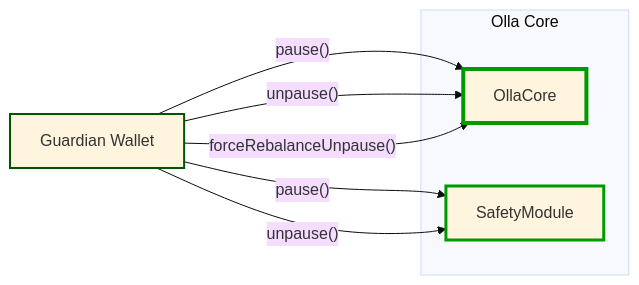
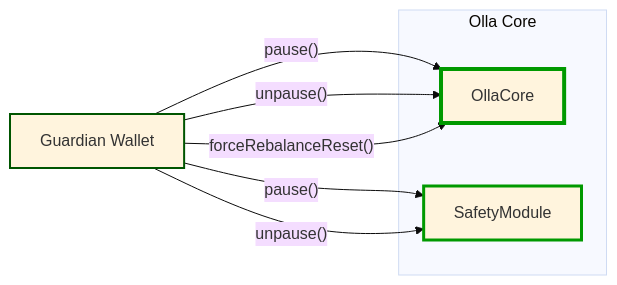
Before and after one commit to ollafinance/core: the sixth of 8 diagrams in docs/overview.md, drawn with Mermaid (base theme). The commit also changed other lines of this file and 54 other files, not shown here.

````diff
--- a/docs/overview.md
+++ b/docs/overview.md
@@ -253,20 +274,20 @@
 ```mermaid
 flowchart LR
 
 guardianWallet[Guardian Wallet]
 
 subgraph "Olla Core"
     core[OllaCore]
     safety[SafetyModule]
 end
 
 guardianWallet -->|"pause()"| core
 guardianWallet -->|"unpause()"| core
-guardianWallet -->|"forceRebalanceUnpause()"| core
+guardianWallet -->|"forceRebalanceReset()"| core
 guardianWallet -->|"pause()"| safety
 guardianWallet -->|"unpause()"| safety
 
 style guardianWallet stroke:#050,stroke-width:2px
 style core stroke:#090,stroke-width:4px
 style safety stroke:#090,stroke-width:3px
 ```
````
